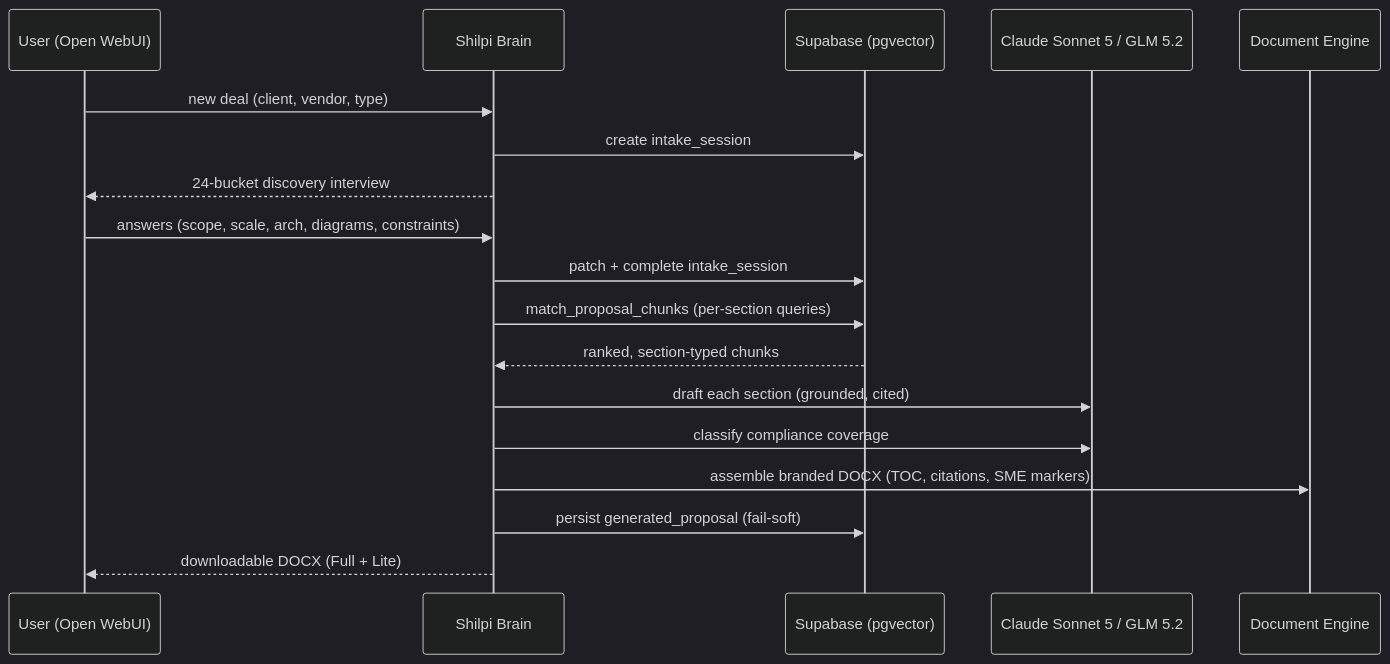
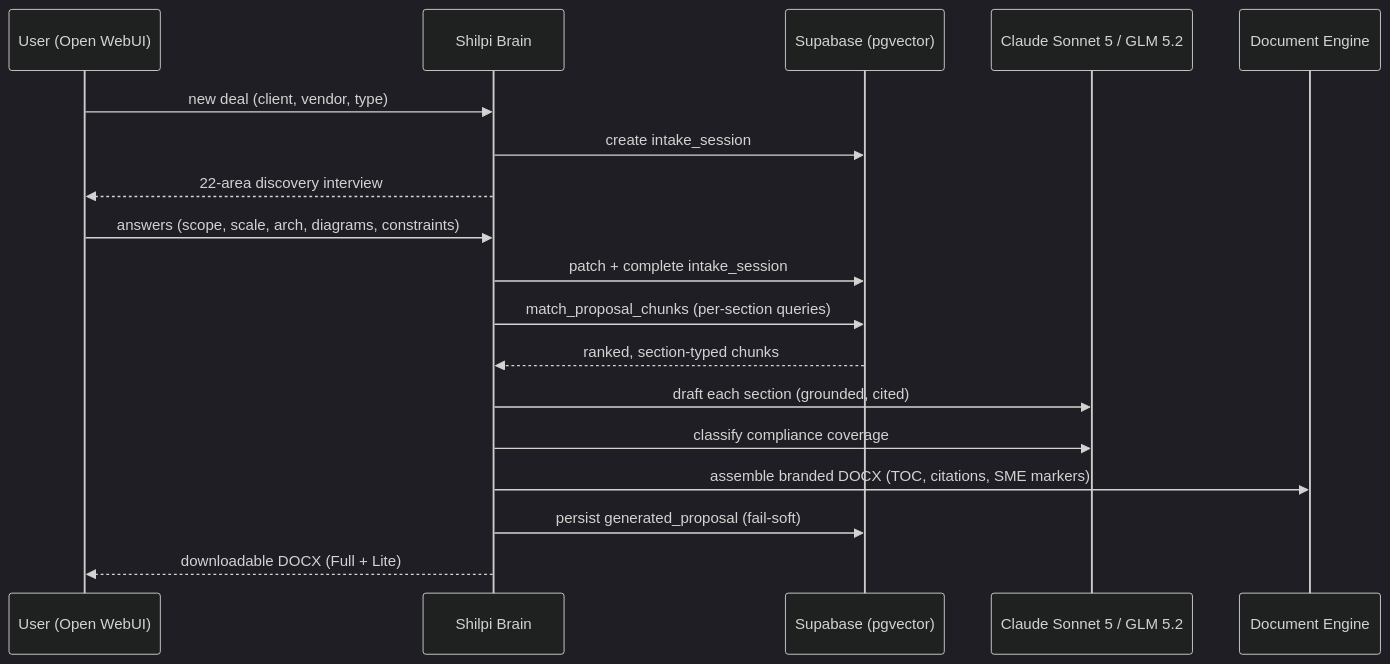
The second of 5 diagrams in README.md (imranshaikh-commits/iv-sarvam), drawn with Mermaid (dark theme) before and after one commit. The commit also changed other lines of this file and 1 other file, not shown here.

Commit message:
docs: correct the name (Shilpi is शिल्पी, artisan - सर्वम् was a rename leftover), remove deferred claims for things already built, fix intake area count, and make the security table match reality

````diff
--- a/README.md
+++ b/README.md
@@ -272,21 +271,21 @@
 ```mermaid
 sequenceDiagram
     participant U as User (Open WebUI)
     participant B as Shilpi Brain
     participant S as Supabase (pgvector)
     participant L as Claude Sonnet 5 / GLM 5.2
     participant D as Document Engine
 
     U->>B: new deal (client, vendor, type)
     B->>S: create intake_session
-    B-->>U: 24-bucket discovery interview
+    B-->>U: 22-area discovery interview
     U->>B: answers (scope, scale, arch, diagrams, constraints)
     B->>S: patch + complete intake_session
     B->>S: match_proposal_chunks (per-section queries)
     S-->>B: ranked, section-typed chunks
     B->>L: draft each section (grounded, cited)
     B->>L: classify compliance coverage
     B->>D: assemble branded DOCX (TOC, citations, SME markers)
     B->>S: persist generated_proposal (fail-soft)
     B-->>U: downloadable DOCX (Full + Lite)
 ```
````
